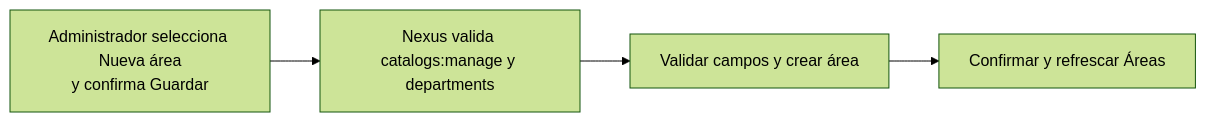
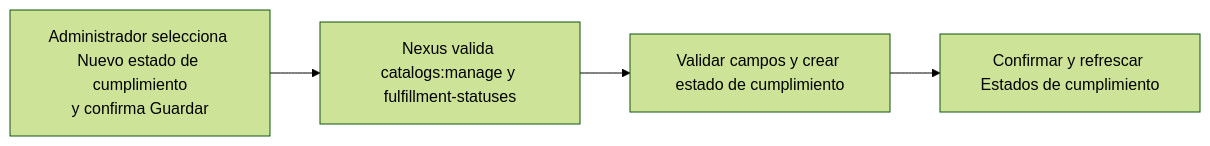
The diagram in docs/requirements/diagrams/catalogs/cu-cat-26.md (gpgsistemas01/nexus), drawn with Mermaid (forest theme) before and after one commit. The commit also changed other lines of this file and 287 other files, not shown here.

````diff
--- a/docs/requirements/diagrams/catalogs/cu-cat-26.md
+++ b/docs/requirements/diagrams/catalogs/cu-cat-26.md
@@ -3,6 +3,6 @@
 ```mermaid
 flowchart LR
-    request["Administrador selecciona Nueva área<br/>y confirma Guardar"] --> authorize["Nexus valida catalogs:manage y departments"]
-    authorize --> persist["Validar campos y crear área"]
-    persist --> result["Confirmar y refrescar Áreas"]
+    request["Administrador selecciona Nuevo estado de cumplimiento<br/>y confirma Guardar"] --> authorize["Nexus valida catalogs:manage y fulfillment-statuses"]
+    authorize --> persist["Validar campos y crear estado de cumplimiento"]
+    persist --> result["Confirmar y refrescar Estados de cumplimiento"]
 ```
````
